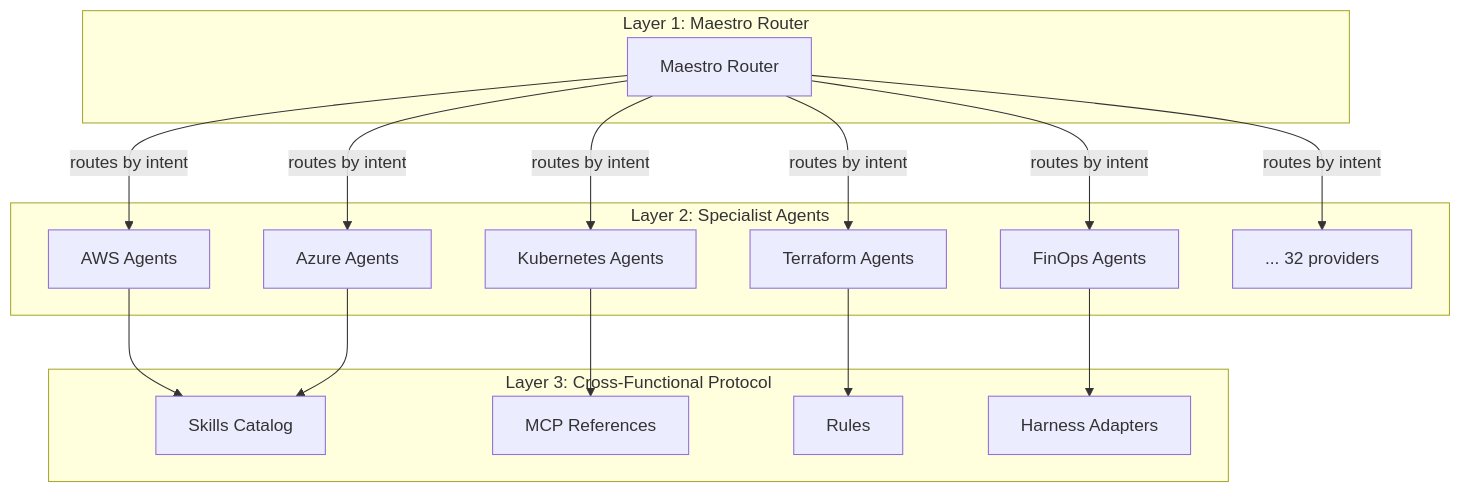
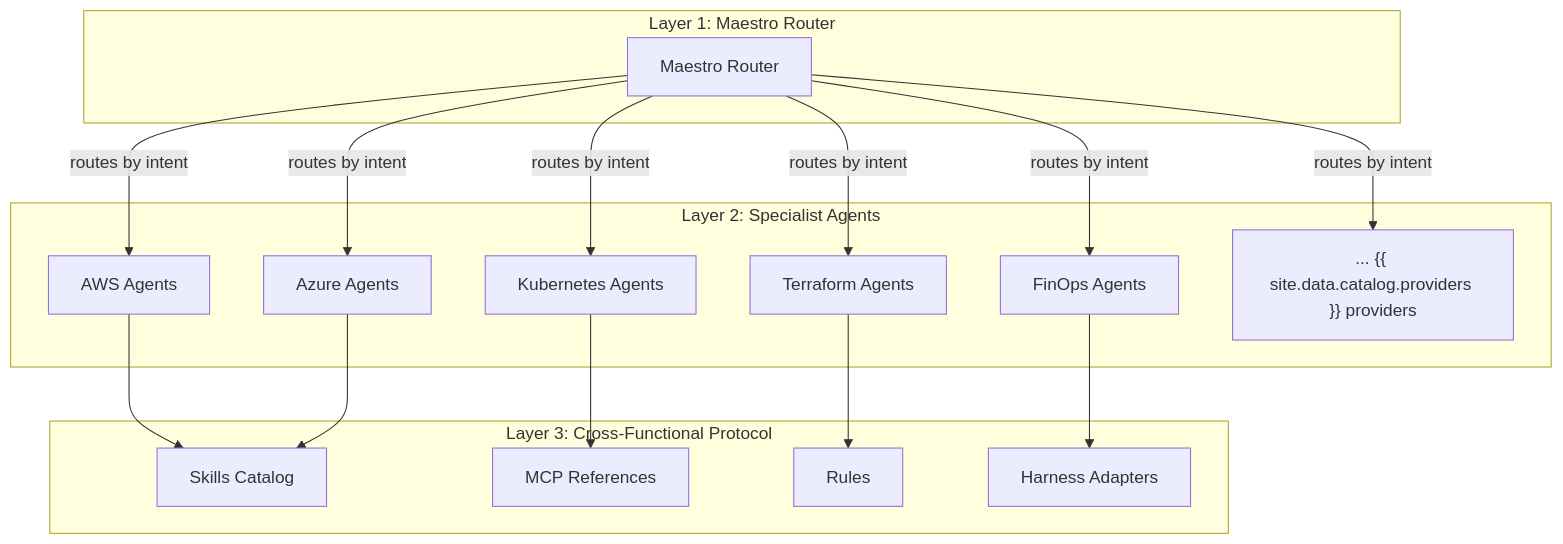
Before and after one commit to Raishin/vanguard-frontier-agentic: the first of 2 diagrams in docs/architecture.md, drawn with Mermaid. The commit also changed other lines of this file and 10 other files, not shown here.

````diff
--- a/docs/architecture.md
+++ b/docs/architecture.md
@@ -15,35 +15,35 @@
 ```mermaid
 graph TD
     subgraph Layer1["Layer 1: Maestro Router"]
         M[Maestro Router]
     end
 
     subgraph Layer2["Layer 2: Specialist Agents"]
         A1[AWS Agents]
         A2[Azure Agents]
         A3[Kubernetes Agents]
         A4[Terraform Agents]
         A5[FinOps Agents]
-        A6["... 32 providers"]
+        A6["... {{ site.data.catalog.providers }} providers"]
     end
 
     subgraph Layer3["Layer 3: Cross-Functional Protocol"]
         S1[Skills Catalog]
         S2[MCP References]
         S3[Rules]
         S4[Harness Adapters]
     end
 
     M -->|routes by intent| A1
     M -->|routes by intent| A2
     M -->|routes by intent| A3
     M -->|routes by intent| A4
     M -->|routes by intent| A5
     M -->|routes by intent| A6
 
     A1 --> S1
     A2 --> S1
     A3 --> S2
     A4 --> S3
     A5 --> S4
 ```
````
